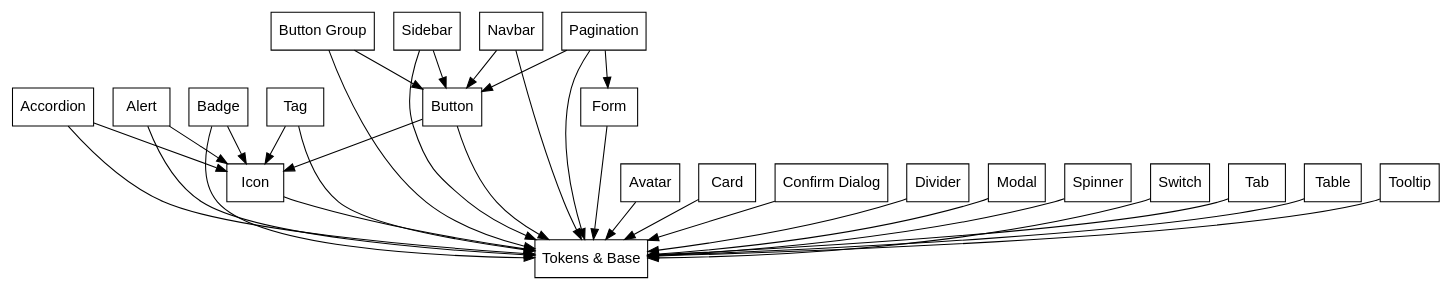
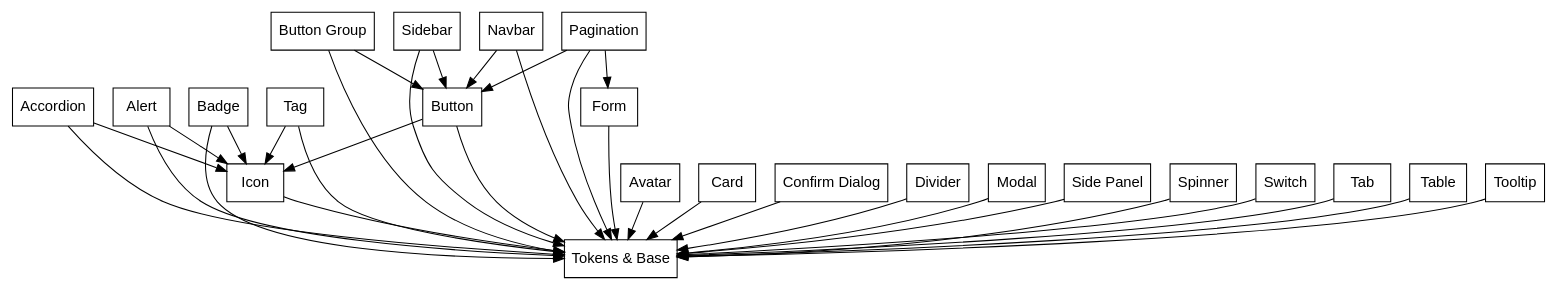
Before and after one commit to RoleModel/optics: the diagram in tools/generate-graph.dot, drawn with Graphviz. The commit also changed 7 other files, not shown here.

Commit message:
Add side panel

```diff
--- a/tools/generate-graph.dot
+++ b/tools/generate-graph.dot
@@ -1,48 +1,49 @@
 digraph dependencies {
   fontname = "Helvetica,Arial,sans-serif";
   node [fontname = "Helvetica,Arial,sans-serif";];
   edge [fontname = "Helvetica,Arial,sans-serif";];
   node [shape = box;];
   "Tokens & Base";
 
   "Accordion" -> "Tokens & Base";
   "Accordion" -> "Icon";
 
   "Alert" -> "Tokens & Base";
   "Alert" -> "Icon";
 
   "Badge" -> "Tokens & Base";
   "Badge" -> "Icon";
 
   "Button" -> "Tokens & Base";
   "Button" -> "Icon";
 
   "Tag" -> "Tokens & Base";
   "Tag" -> "Icon";
 
   "Button Group" -> "Tokens & Base";
   "Button Group" -> "Button";
 
   "Sidebar" -> "Tokens & Base";
   "Sidebar" -> "Button";
 
   "Navbar" -> "Tokens & Base";
   "Navbar" -> "Button";
 
   "Pagination" -> "Button";
   "Pagination" -> "Form";
   "Pagination" -> "Tokens & Base";
 
   "Avatar" -> "Tokens & Base";
   "Card" -> "Tokens & Base";
   "Confirm Dialog" -> "Tokens & Base";
   "Divider" -> "Tokens & Base";
   "Form" -> "Tokens & Base";
   "Icon" -> "Tokens & Base";
   "Modal" -> "Tokens & Base";
+  "Side Panel" -> "Tokens & Base";
   "Spinner" -> "Tokens & Base";
   "Switch" -> "Tokens & Base";
   "Tab" -> "Tokens & Base";
   "Table" -> "Tokens & Base";
   "Tooltip" -> "Tokens & Base";
 }
```
